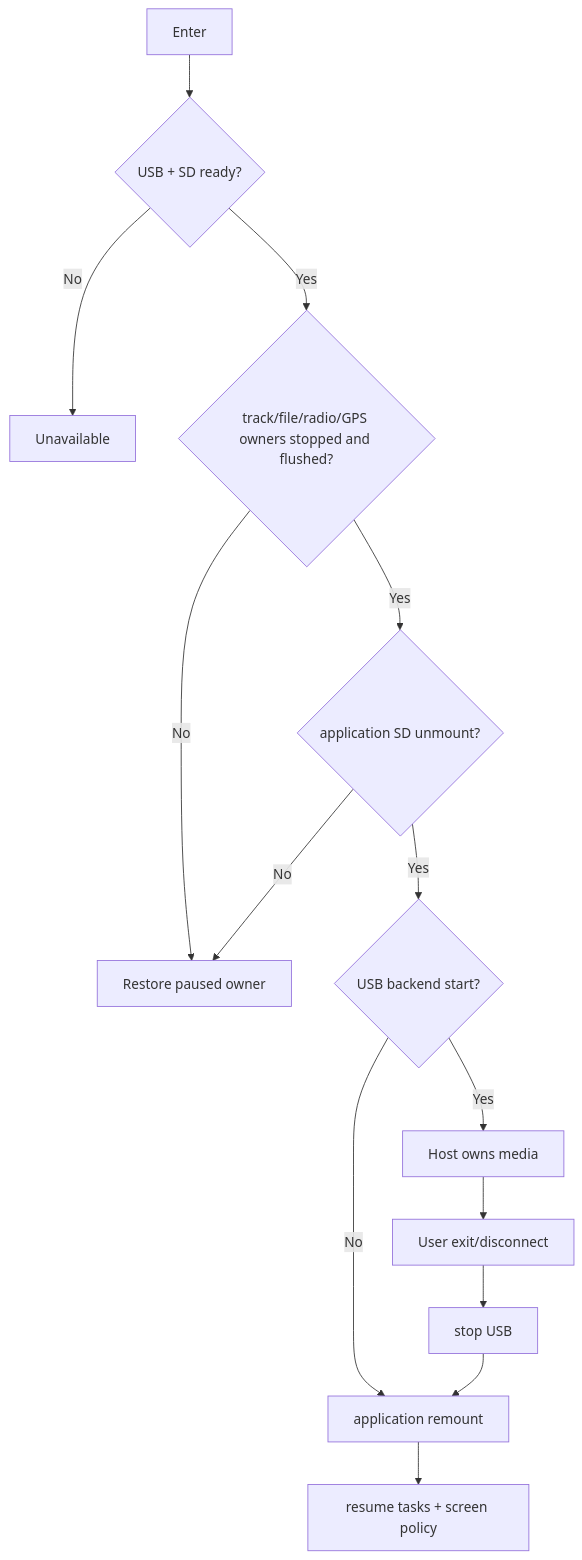
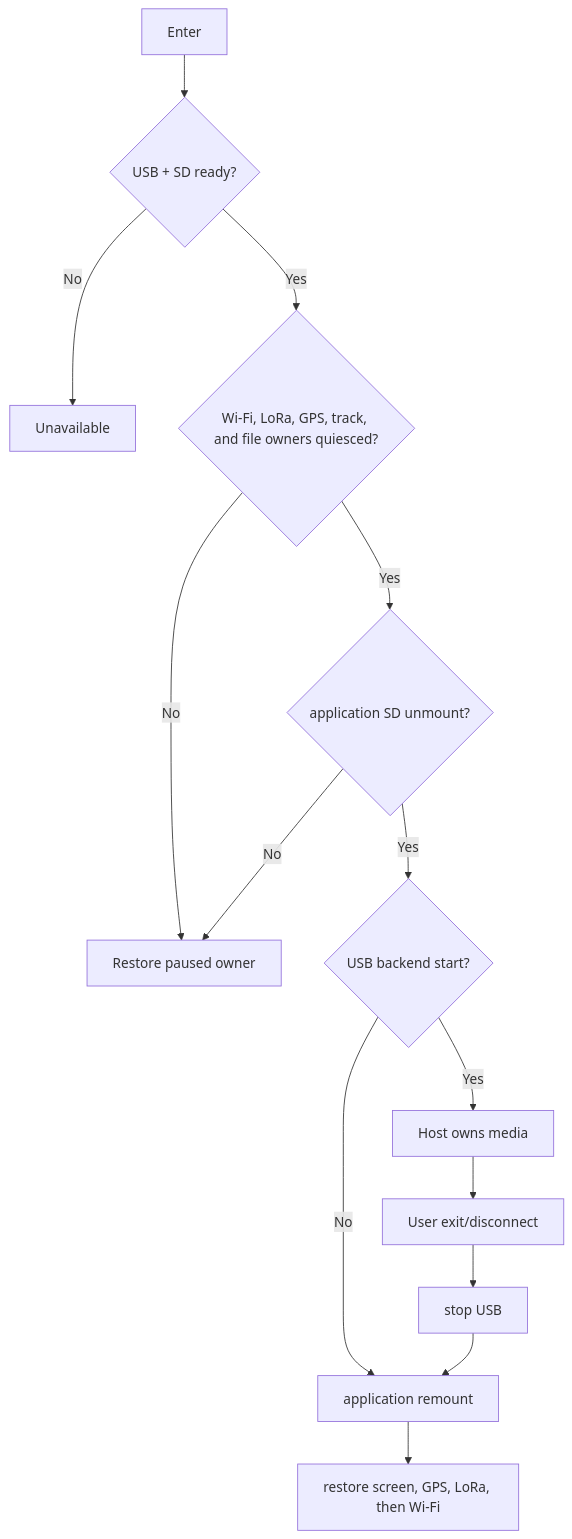
Before and after one commit to manmuqingshan/trail-mate: the diagram in docs/design/use-case-diagrams/expose-usb-storage/activity.md, drawn with Mermaid. The commit also changed other lines of this file and 37 other files, not shown here.

````diff
--- a/docs/design/use-case-diagrams/expose-usb-storage/activity.md
+++ b/docs/design/use-case-diagrams/expose-usb-storage/activity.md
@@ -2,16 +2,16 @@
 ```mermaid
 flowchart TD
   Enter --> Cap{"USB + SD ready?"}
  Cap -- No --> Unavailable
- Cap -- Yes --> Quiesce{"track/file/radio/GPS owners stopped and flushed?"}
+ Cap -- Yes --> Quiesce{"Wi-Fi, LoRa, GPS, track, and file owners quiesced?"}
  Quiesce -- No --> Restore["Restore paused owner"]
  Quiesce -- Yes --> Unmount{"application SD unmount?"}
  Unmount -- No --> Restore
  Unmount -- Yes --> USB{"USB backend start?"}
  USB -- No --> Remount["application remount"]
  USB -- Yes --> Active["Host owns media"]
  Active --> Exit["User exit/disconnect"]
   Exit --> Stop["stop USB"]
   Stop --> Remount
-  Remount --> Resume["resume tasks + screen policy"]
+  Remount --> Resume["restore screen, GPS, LoRa, then Wi-Fi"]
 ```
````
